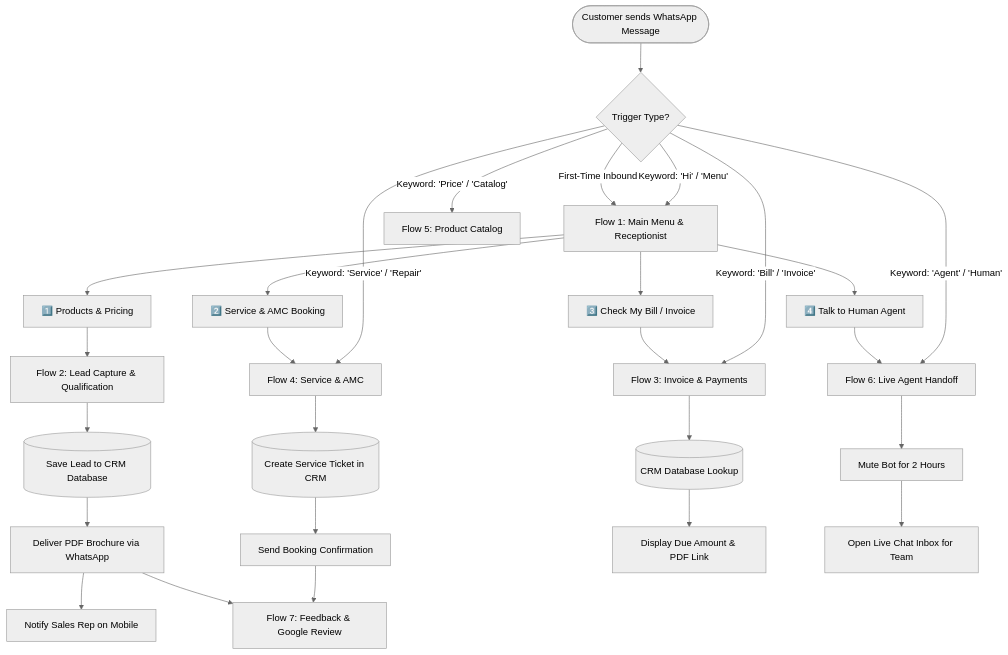
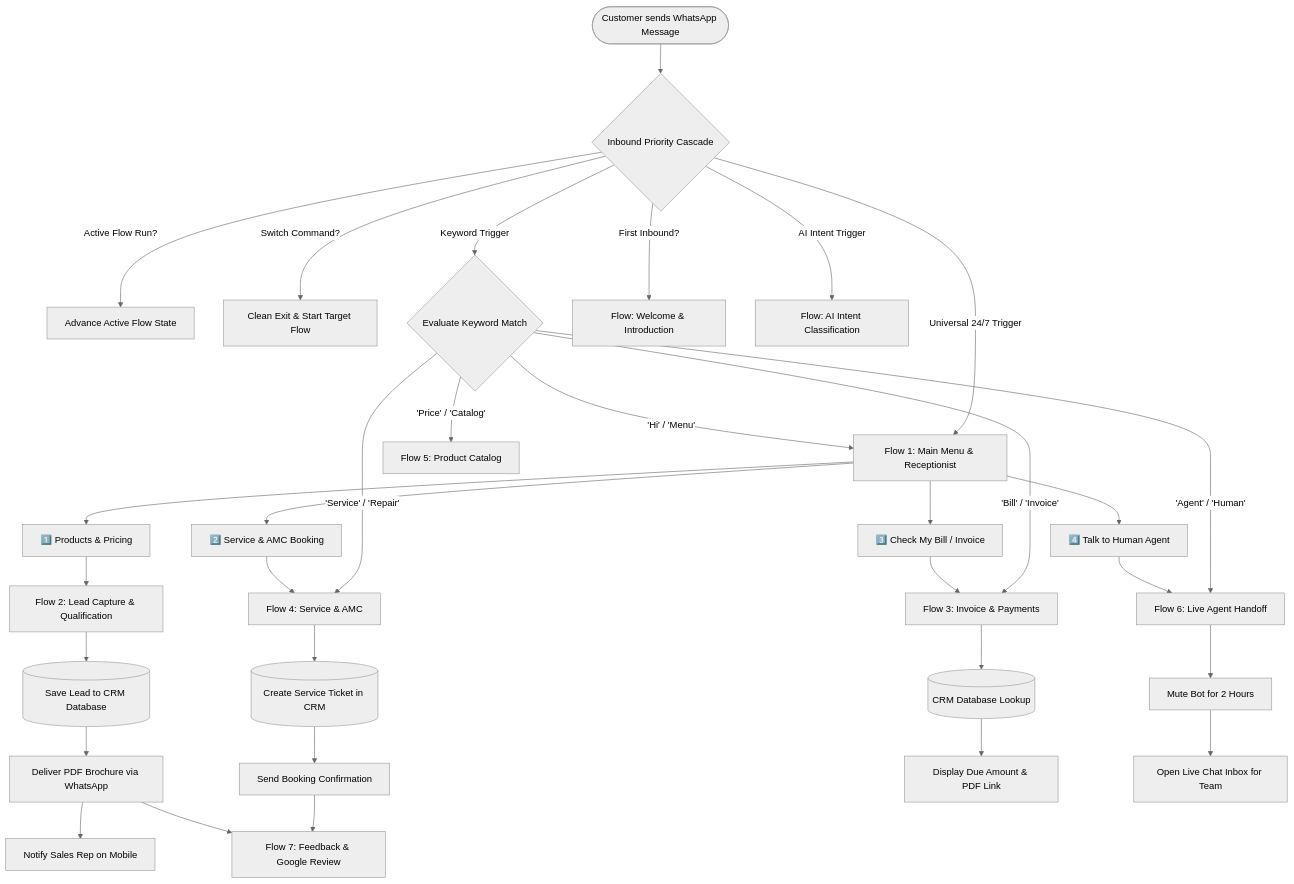
One commit to Ananth-madura/MADHURA_CRM changed the first of 4 diagrams in whatsappflow.md. Above: the diagram before and after it, drawn with Mermaid (neutral theme). The commit also changed other lines of this file and 12 other files, not shown here.

````diff
--- a/whatsappflow.md
+++ b/whatsappflow.md
@@ -77,37 +90,43 @@
 ```mermaid
 flowchart TD
-    Start([Customer sends WhatsApp Message]) --> CheckTrigger{Trigger Type?}
+    Start([Customer sends WhatsApp Message]) --> PriorityCheck{Inbound Priority Cascade}
     
-    CheckTrigger -->|Keyword: 'Hi' / 'Menu'| MainMenu[Flow 1: Main Menu & Receptionist]
-    CheckTrigger -->|Keyword: 'Price' / 'Catalog'| CatalogFlow[Flow 5: Product Catalog]
-    CheckTrigger -->|Keyword: 'Bill' / 'Invoice'| InvoiceFlow[Flow 3: Invoice & Payments]
-    CheckTrigger -->|Keyword: 'Service' / 'Repair'| ServiceFlow[Flow 4: Service & AMC]
-    CheckTrigger -->|Keyword: 'Agent' / 'Human'| AgentFlow[Flow 6: Live Agent Handoff]
-    CheckTrigger -->|First-Time Inbound| MainMenu
-    
+    PriorityCheck -->|Active Flow Run?| AdvanceRun[Advance Active Flow State]
+    PriorityCheck -->|Switch Command?| SwitchFlow[Clean Exit & Start Target Flow]
+    PriorityCheck -->|Keyword Trigger| KeywordRouter{Evaluate Keyword Match}
+    PriorityCheck -->|First Inbound?| FirstInbound[Flow: Welcome & Introduction]
+    PriorityCheck -->|Universal 24/7 Trigger| MainMenu[Flow 1: Main Menu & Receptionist]
+    PriorityCheck -->|AI Intent Trigger| IntentRouter[Flow: AI Intent Classification]
+
+    KeywordRouter -->|'Hi' / 'Menu'| MainMenu
+    KeywordRouter -->|'Price' / 'Catalog'| CatalogFlow[Flow 5: Product Catalog]
+    KeywordRouter -->|'Bill' / 'Invoice'| InvoiceFlow[Flow 3: Invoice & Payments]
+    KeywordRouter -->|'Service' / 'Repair'| ServiceFlow[Flow 4: Service & AMC]
+    KeywordRouter -->|'Agent' / 'Human'| AgentFlow[Flow 6: Live Agent Handoff]
+
     %% Main Menu Sub-branches
     MainMenu --> Opt1[1️⃣ Products & Pricing]
     MainMenu --> Opt2[2️⃣ Service & AMC Booking]
     MainMenu --> Opt3[3️⃣ Check My Bill / Invoice]
     MainMenu --> Opt4[4️⃣ Talk to Human Agent]
 
     Opt1 --> LeadGen[Flow 2: Lead Capture & Qualification]
     LeadGen --> SaveLead[(Save Lead to CRM Database)]
     SaveLead --> SendPDF[Deliver PDF Brochure via WhatsApp]
     SendPDF --> AlertSales[Notify Sales Rep on Mobile]
 
     Opt2 --> ServiceFlow
     ServiceFlow --> BookVisit[(Create Service Ticket in CRM)]
     BookVisit --> ConfirmDate[Send Booking Confirmation]
 
     Opt3 --> InvoiceFlow
     InvoiceFlow --> CheckDB[(CRM Database Lookup)]
     CheckDB --> ShowBill[Display Due Amount & PDF Link]
 
     Opt4 --> AgentFlow
     AgentFlow --> MuteBot[Mute Bot for 2 Hours]
     MuteBot --> OpenLiveChat[Open Live Chat Inbox for Team]
     
     ConfirmDate --> PostService[Flow 7: Feedback & Google Review]
     SendPDF --> PostService
 ```
````
